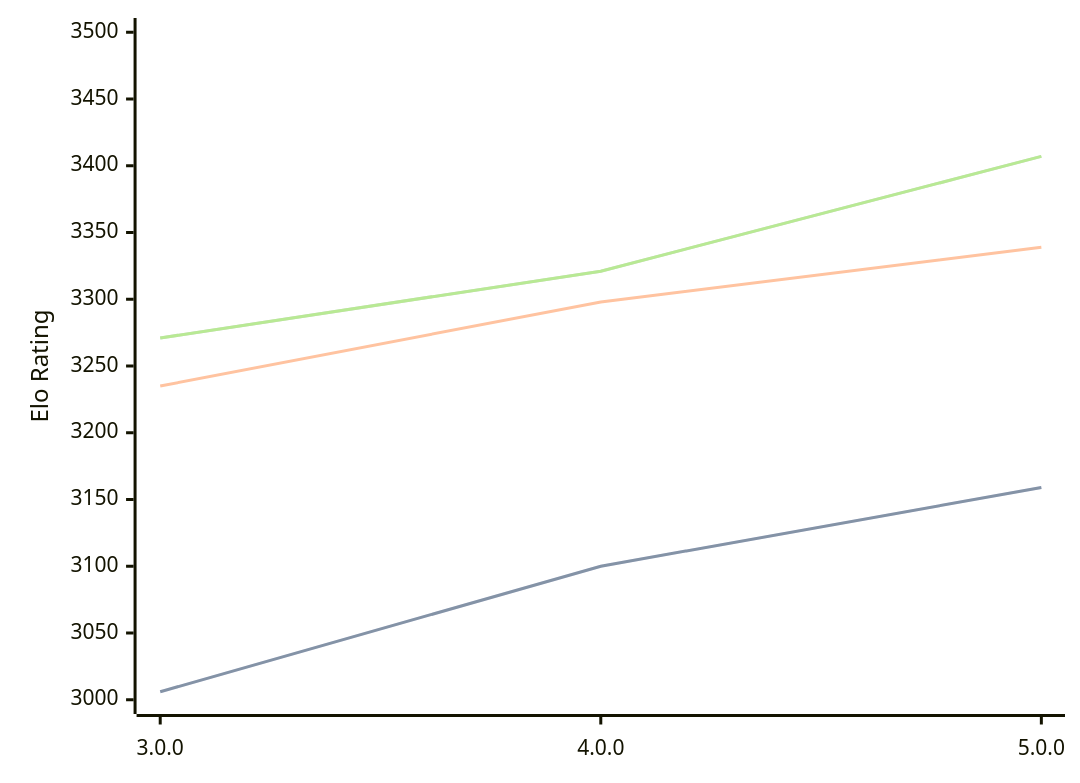
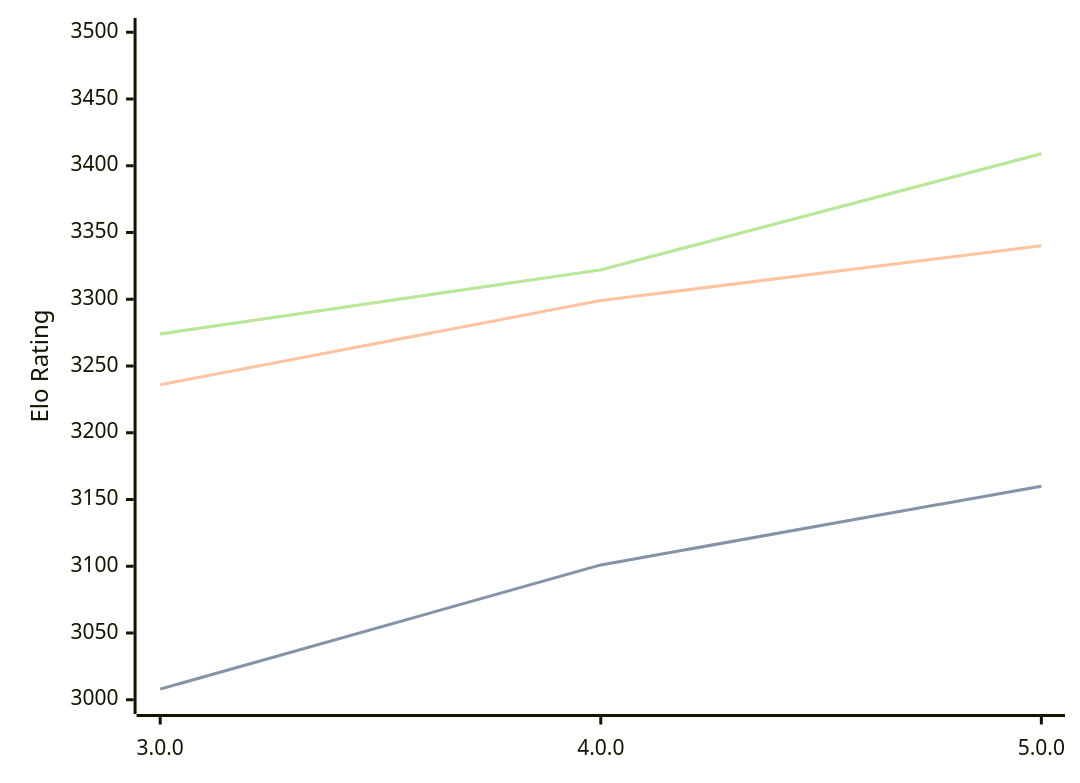
One commit to computer-chess-index/cci changed the diagram in engines/Minke.md. Above: the diagram before and after it, drawn with Mermaid. The commit also changed other lines of this file, not shown here.

Commit message:
Update CCI Ratings (ELO VLTC) - 2026-03-29

````diff
--- a/engines/Minke.md
+++ b/engines/Minke.md
@@ -35,11 +35,11 @@
 ```mermaid
 %%{init: {"theme":"base","themeVariables":{"seriesColors:['#a3a3a3','#222221','#faa371']}}}%%
 xychart-beta
   x-axis ["3.0.0", "4.0.0", "5.0.0"]
   y-axis "Elo Rating" 3000 --> 3500
-  line "STC (8.0+0.08s)" [3006, 3100, 3159]
-  line "STC (8.0+0.08s)" [3006, 3100, 3159]
-  line "LTC (60.0+0.60s)" [3235, 3298, 3339]
-  line "VLTC (2m24s+1.12s)" [3271, 3321, 3407]
-  line "VLTC (2m24s+1.12s)" [3271, 3321, 3407]
+  line "STC (8.0+0.08s)" [3008, 3101, 3160]
+  line "STC (8.0+0.08s)" [3008, 3101, 3160]
+  line "LTC (60.0+0.60s)" [3236, 3299, 3340]
+  line "VLTC (2m24s+1.12s)" [3274, 3322, 3409]
+  line "VLTC (2m24s+1.12s)" [3274, 3322, 3409]
 ```
````
